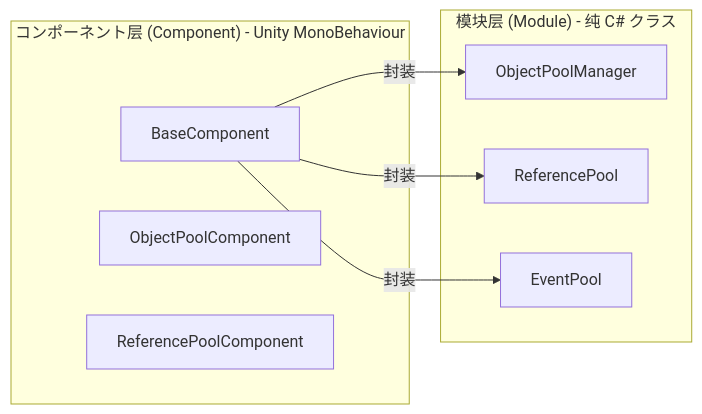
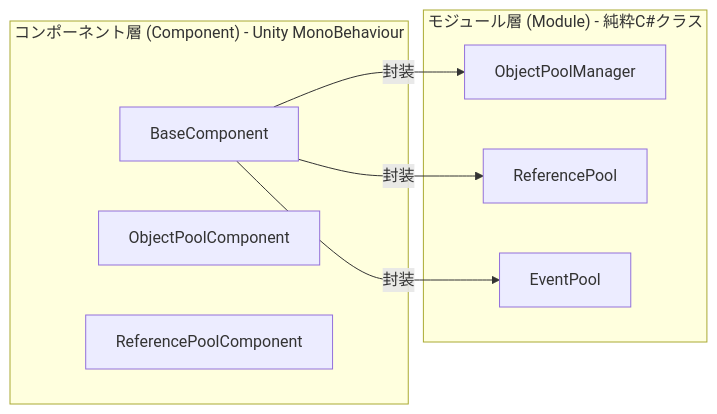
The second of 4 diagrams in docs/ja/client/unity/component/core/05.base.md (AlianBlank/GameFrameX.Docs), drawn with Mermaid before and after one commit. The commit also changed other lines of this file and 320 other files, not shown here.

````diff
--- a/docs/ja/client/unity/component/core/05.base.md
+++ b/docs/ja/client/unity/component/core/05.base.md
@@ -53,18 +53,18 @@
 ```mermaid
 flowchart LR
-    subgraph コンポーネント层["コンポーネント层 (Component) - Unity MonoBehaviour"]
+    subgraph コンポーネント層["コンポーネント層 (Component) - Unity MonoBehaviour"]
         C1[BaseComponent]
         C2[ObjectPoolComponent]
         C3[ReferencePoolComponent]
     end
 
-    subgraph 模块层["模块层 (Module) - 纯 C# クラス"]
+    subgraph モジュール層["モジュール層 (Module) - 純粋C#クラス"]
         M1[ObjectPoolManager]
         M2[ReferencePool]
         M3[EventPool]
     end
 
     C1 -->|封装| M1
     C1 -->|封装| M2
     C1 -->|封装| M3
 ```
````
